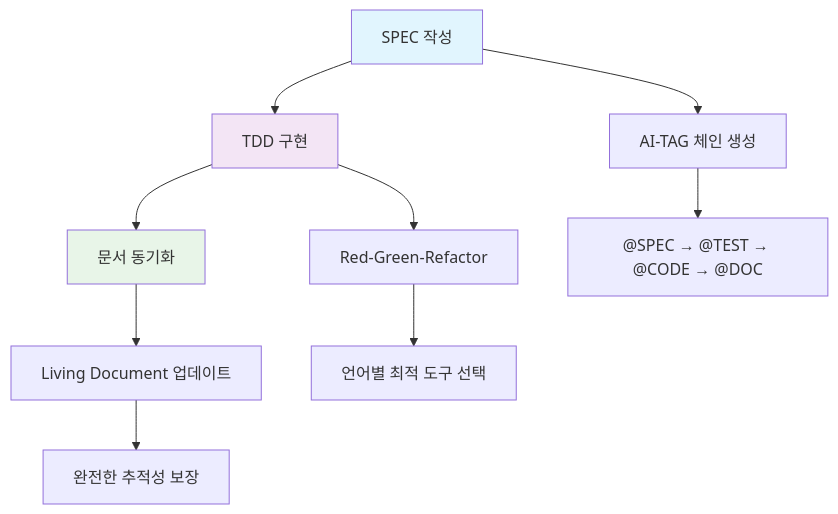
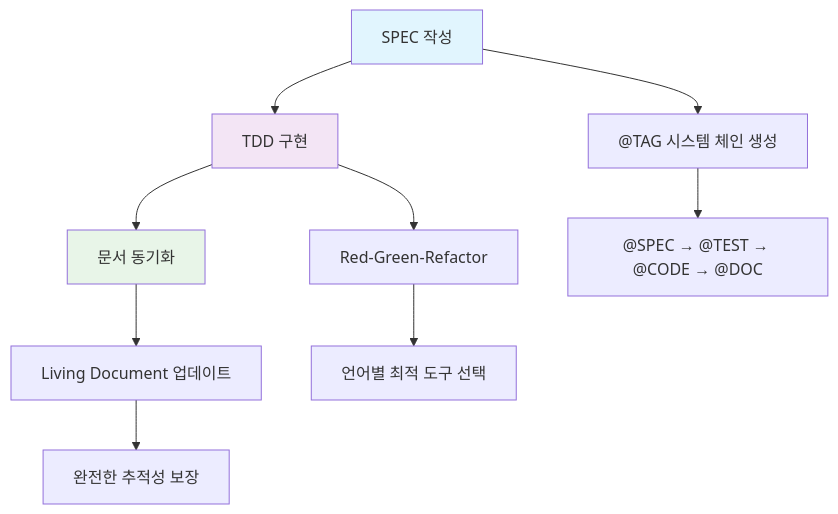
One commit to modu-ai/moai-adk changed the first of 6 diagrams in README.md. Above: the diagram before and after it, drawn with Mermaid. The commit also changed other lines of this file and 7 other files, not shown here.

````diff
--- a/README.md
+++ b/README.md
@@ -27,15 +27,15 @@
 ```mermaid
 graph TB
     A[SPEC 작성] --> B[TDD 구현] --> C[문서 동기화]
-    A --> D["AI-TAG 체인 생성"]
+    A --> D["@TAG 시스템 체인 생성"]
     B --> E[Red-Green-Refactor]
     C --> F[Living Document 업데이트]
 
     D --> G["@SPEC → @TEST → @CODE → @DOC"]
     E --> H[언어별 최적 도구 선택]
     F --> I[완전한 추적성 보장]
 
     style A fill:#e1f5fe
     style B fill:#f3e5f5
     style C fill:#e8f5e8
 ```
````
